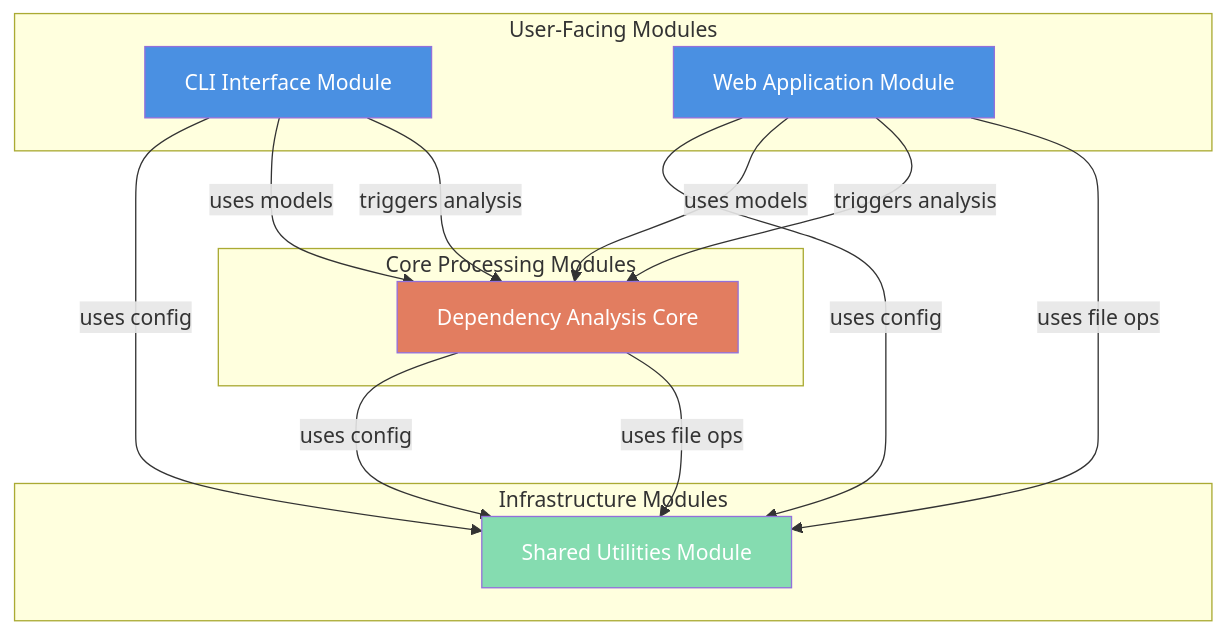
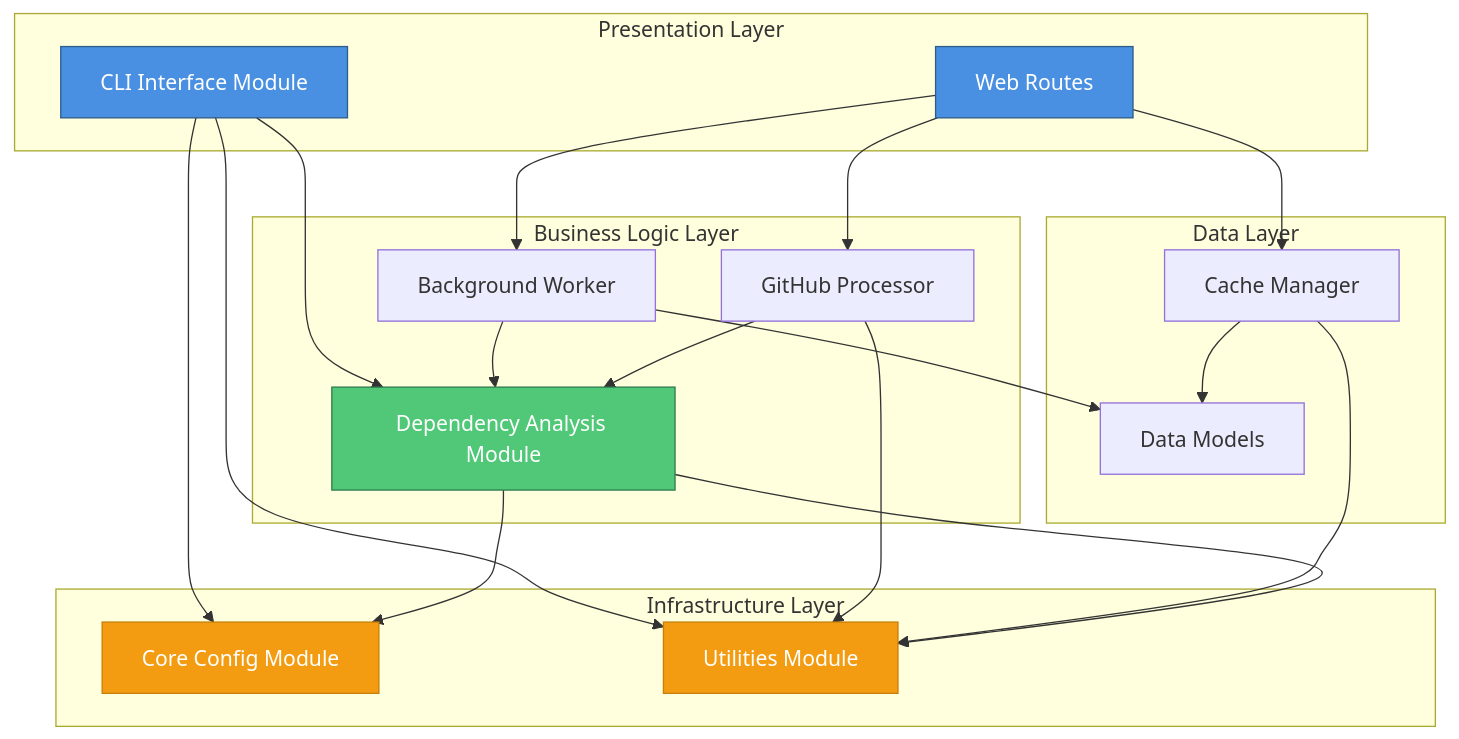
Before and after one commit to lsu123/ai-agent: the fourth of 6 diagrams in docs/overview.md, drawn with Mermaid. The commit also changed other lines of this file and 10 other files, not shown here.

````diff
--- a/docs/overview.md
+++ b/docs/overview.md
@@ -276,32 +163,49 @@
 ```mermaid
-graph TD
-    subgraph "User-Facing Modules"
+graph TB
+    subgraph "Presentation Layer"
         CLI[CLI Interface Module]
-        WEB[Web Application Module]
+        WebRoutes[Web Routes]
     end
     
-    subgraph "Core Processing Modules"
-        DAC[Dependency Analysis Core]
+    subgraph "Business Logic Layer"
+        DepAnalyzer[Dependency Analysis Module]
+        BgWorker[Background Worker]
+        GitHubProc[GitHub Processor]
     end
     
-    subgraph "Infrastructure Modules"
-        SU[Shared Utilities Module]
+    subgraph "Data Layer"
+        CacheManager[Cache Manager]
+        Models[Data Models]
     end
     
-    CLI -->|uses config| SU
-    CLI -->|uses models| DAC
-    CLI -->|triggers analysis| DAC
+    subgraph "Infrastructure Layer"
+        CoreConfig[Core Config Module]
+        Utils[Utilities Module]
+    end
     
-    WEB -->|uses config| SU
-    WEB -->|uses models| DAC
-    WEB -->|triggers analysis| DAC
-    WEB -->|uses file ops| SU
+    CLI --> DepAnalyzer
+    CLI --> CoreConfig
+    CLI --> Utils
     
-    DAC -->|uses config| SU
-    DAC -->|uses file ops| SU
+    WebRoutes --> BgWorker
+    WebRoutes --> GitHubProc
+    WebRoutes --> CacheManager
     
-    style CLI fill:#4A90E2,color:#fff
-    style WEB fill:#4A90E2,color:#fff
-    style DAC fill:#E27D60,color:#fff
-    style SU fill:#85DCB0,color:#fff
+    BgWorker --> DepAnalyzer
+    GitHubProc --> DepAnalyzer
+    GitHubProc --> Utils
+    
+    CacheManager --> Utils
+    
+    DepAnalyzer --> CoreConfig
+    DepAnalyzer --> Utils
+    
+    BgWorker --> Models
+    CacheManager --> Models
+    
+    style CLI fill:#4A90E2,stroke:#2E5C8A,color:#fff
+    style WebRoutes fill:#4A90E2,stroke:#2E5C8A,color:#fff
+    style DepAnalyzer fill:#50C878,stroke:#2E7D4E,color:#fff
+    style CoreConfig fill:#F39C12,stroke:#C87F0A,color:#fff
+    style Utils fill:#F39C12,stroke:#C87F0A,color:#fff
 ```
````
